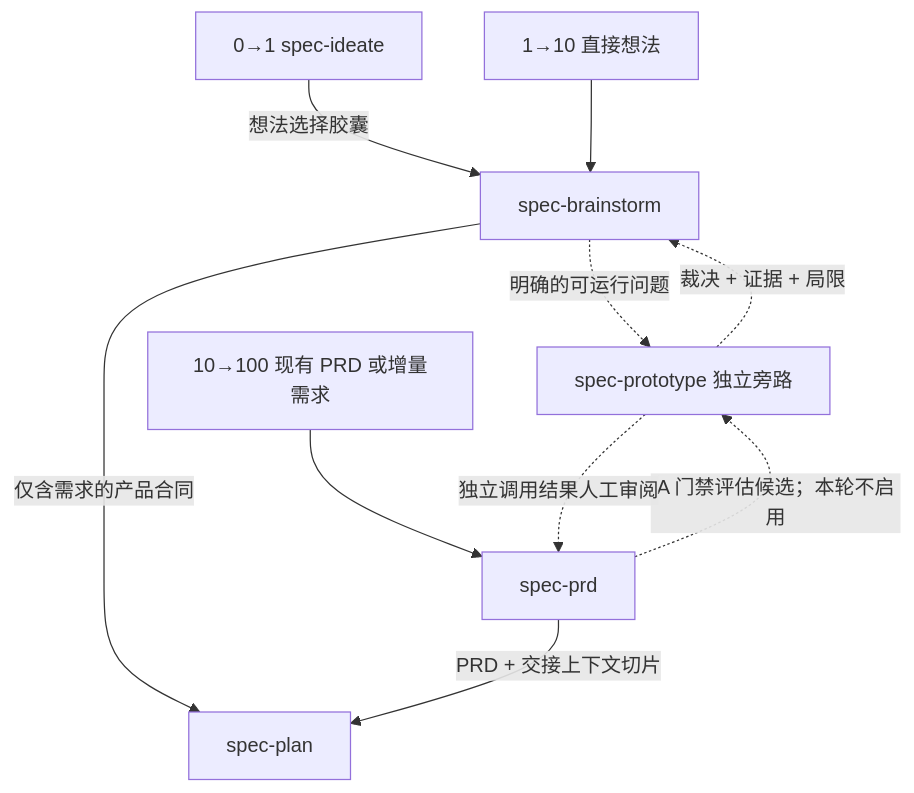
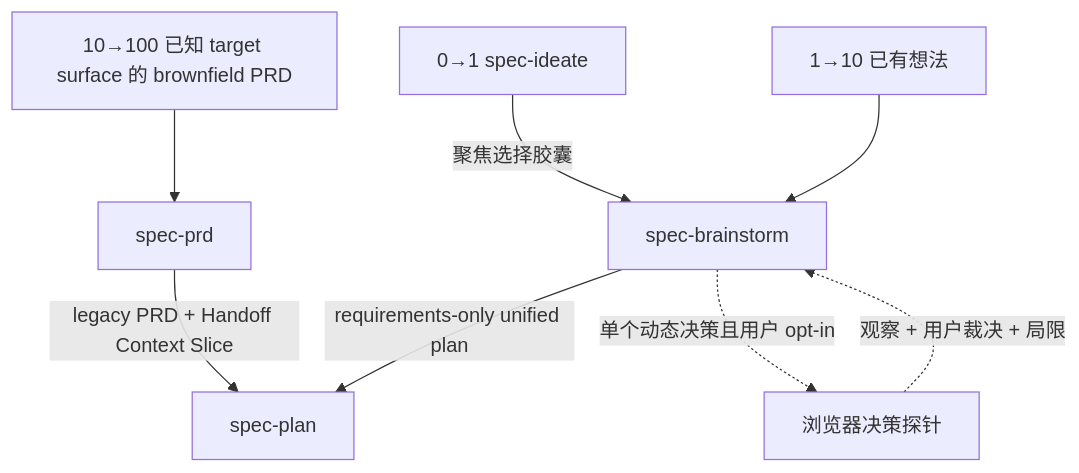
The first of 3 diagrams in docs/plans/2026-07-11-003-refactor-requirements-clarification-skills-integration-plan.md (leo-kuang-ai/spec-first), drawn with Mermaid before and after one commit. The commit also changed other lines of this file and 11 other files, not shown here.

````diff
--- a/docs/plans/2026-07-11-003-refactor-requirements-clarification-skills-integration-plan.md
+++ b/docs/plans/2026-07-11-003-refactor-requirements-clarification-skills-integration-plan.md
@@ -44,12 +34,10 @@
 ```mermaid
 flowchart TB
-  I[0→1 spec-ideate] -->|想法选择胶囊| B[spec-brainstorm]
-  B -->|仅含需求的产品合同| P[spec-plan]
-  D[1→10 直接想法] --> B
-  R[10→100 现有 PRD 或增量需求] --> Q[spec-prd]
-  Q -->|PRD + 交接上下文切片| P
-  B -. 明确的可运行问题 .-> X[spec-prototype 独立旁路]
-  Q -. A 门禁评估候选；本轮不启用 .-> X
-  X -. 裁决 + 证据 + 局限 .-> B
-  X -. 独立调用结果人工审阅 .-> Q
+  I[0→1 spec-ideate] -->|聚焦选择胶囊| B[spec-brainstorm]
+  D[1→10 已有想法] --> B
+  B -->|requirements-only unified plan| P[spec-plan]
+  R[10→100 已知 target surface 的 brownfield PRD] --> Q[spec-prd]
+  Q -->|legacy PRD + Handoff Context Slice| P
+  B -. 单个动态决策且用户 opt-in .-> V[浏览器决策探针]
+  V -. 观察 + 用户裁决 + 局限 .-> B
 ```
````
